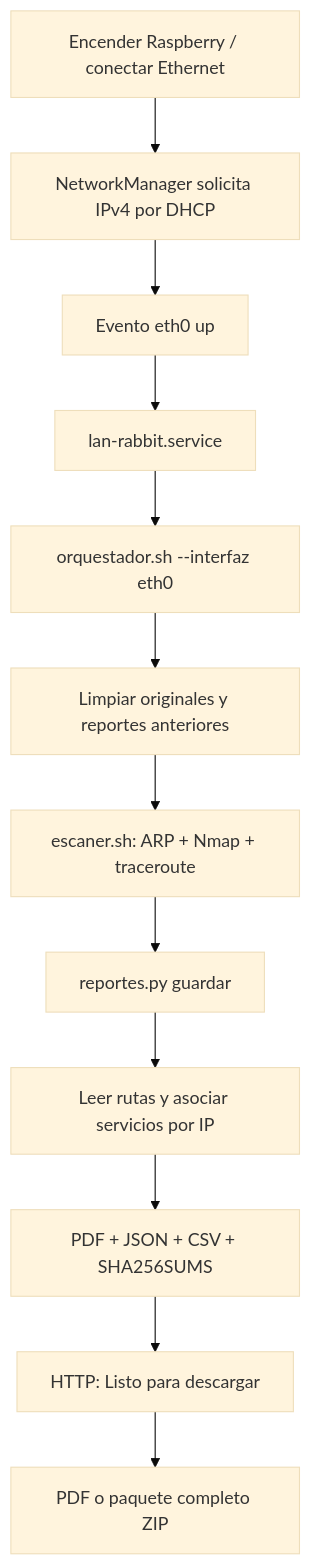
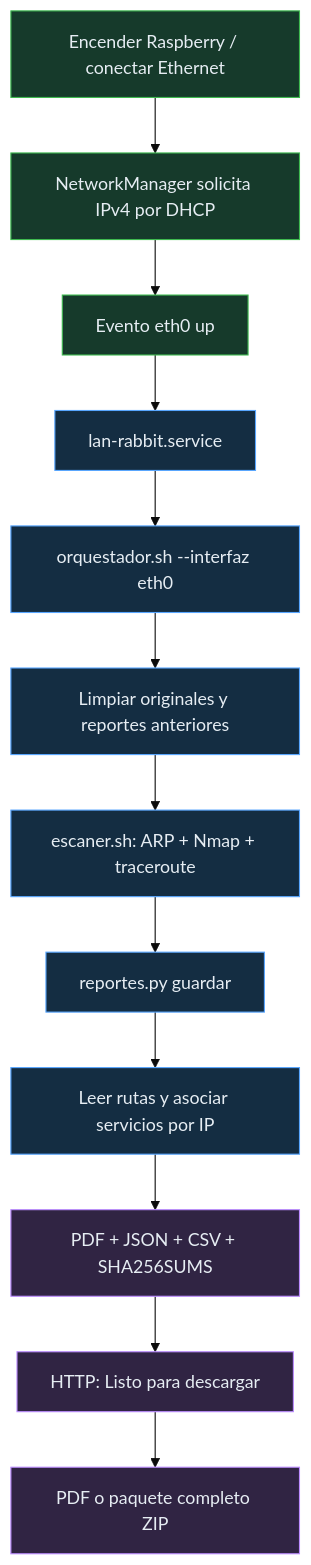
One commit to western1258/rabbyte changed the diagram in README.md. Above: the diagram before and after it, drawn with Mermaid (base theme). The commit also changed other lines of this file, not shown here.

````diff
--- a/README.md
+++ b/README.md
@@ -24,14 +50,20 @@
 ```mermaid
 flowchart TD
     A[Encender Raspberry / conectar Ethernet] --> B[NetworkManager solicita IPv4 por DHCP]
     B --> C[Evento eth0 up]
     C --> D[lan-rabbit.service]
     D --> E[orquestador.sh --interfaz eth0]
     E --> F[Limpiar originales y reportes anteriores]
     F --> G[escaner.sh: ARP + Nmap + traceroute]
     G --> H[reportes.py guardar]
     H --> I[Leer rutas y asociar servicios por IP]
     I --> J[PDF + JSON + CSV + SHA256SUMS]
     J --> K[HTTP: Listo para descargar]
     K --> L[PDF o paquete completo ZIP]
+    classDef device fill:#163a2b,stroke:#3fb950,color:#e6edf3
+    classDef scan fill:#142d42,stroke:#58a6ff,color:#e6edf3
+    classDef output fill:#302443,stroke:#bc8cff,color:#e6edf3
+    class A,B,C device
+    class D,E,F,G,H,I scan
+    class J,K,L output
 ```
````
